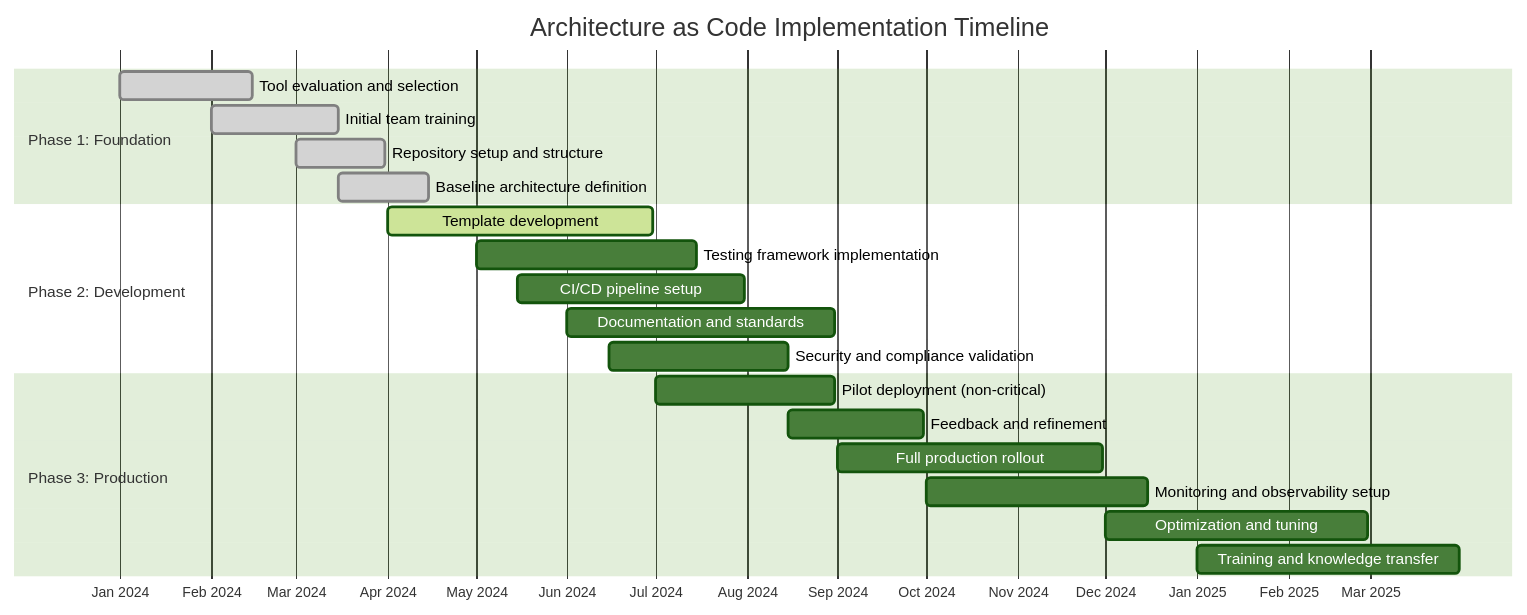
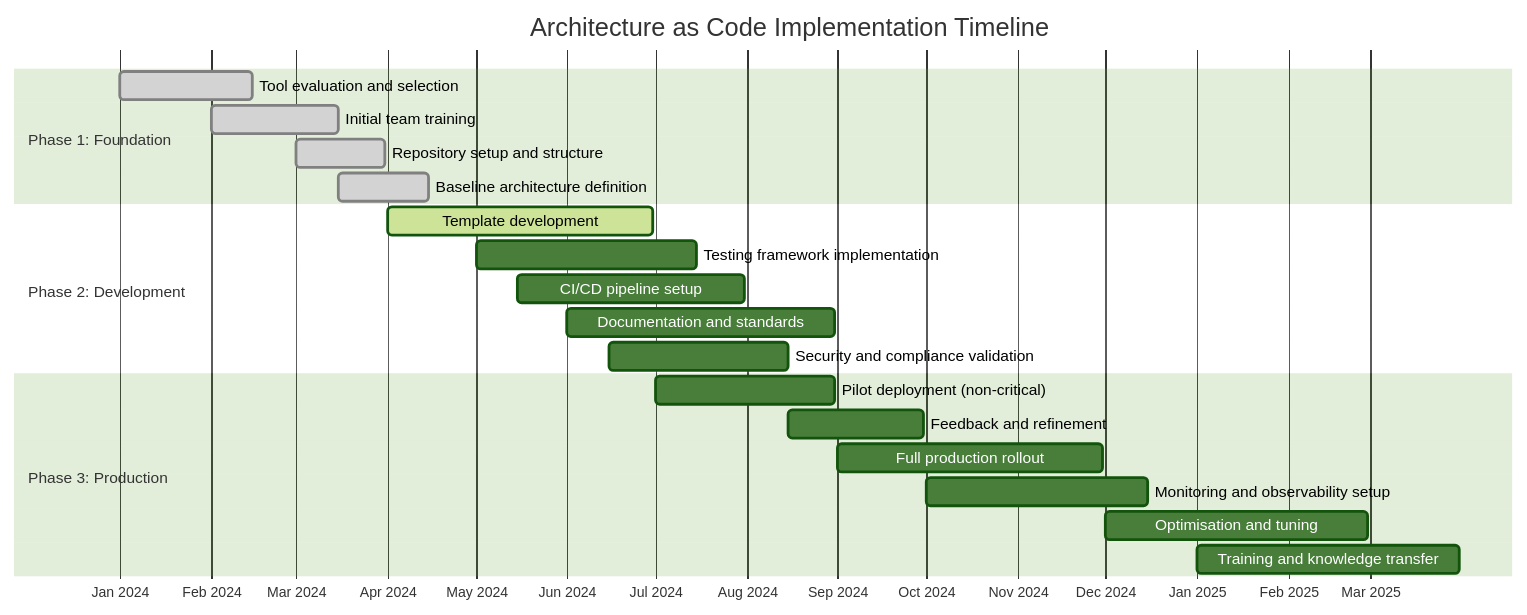
Before and after one commit to Geonitab/architecture_as_code: the diagram in docs/images/diagram_05_gantt_timeline.mmd, drawn with Mermaid (forest theme). The commit also changed 14 other files, not shown here.

Commit message:
Convert diagrams from American to British English

```diff
--- a/docs/images/diagram_05_gantt_timeline.mmd
+++ b/docs/images/diagram_05_gantt_timeline.mmd
@@ -1,25 +1,25 @@
 gantt
     title Architecture as Code Implementation Timeline
     dateFormat YYYY-MM-DD
     axisFormat %b %Y
 
     section Phase 1: Foundation
     Tool evaluation and selection        :done, eval, 2024-01-01, 2024-02-15
     Initial team training                :done, train, 2024-02-01, 2024-03-15
     Repository setup and structure       :done, repo, 2024-03-01, 2024-03-31
     Baseline architecture definition     :done, baseline, 2024-03-15, 2024-04-15
 
     section Phase 2: Development
     Template development                 :active, dev, 2024-04-01, 2024-06-30
     Testing framework implementation     :test, 2024-05-01, 2024-07-15
     CI/CD pipeline setup                 :cicd, 2024-05-15, 2024-07-31
     Documentation and standards          :docs, 2024-06-01, 2024-08-31
     Security and compliance validation   :security, 2024-06-15, 2024-08-15
 
     section Phase 3: Production
     Pilot deployment (non-critical)      :pilot, 2024-07-01, 2024-08-31
     Feedback and refinement              :feedback, 2024-08-15, 2024-09-30
     Full production rollout              :rollout, 2024-09-01, 2024-11-30
     Monitoring and observability setup   :monitor, 2024-10-01, 2024-12-15
-    Optimization and tuning              :optimize, 2024-12-01, 2025-02-28
+    Optimisation and tuning              :optimise, 2024-12-01, 2025-02-28
     Training and knowledge transfer      :knowledge, 2025-01-01, 2025-03-31
```
